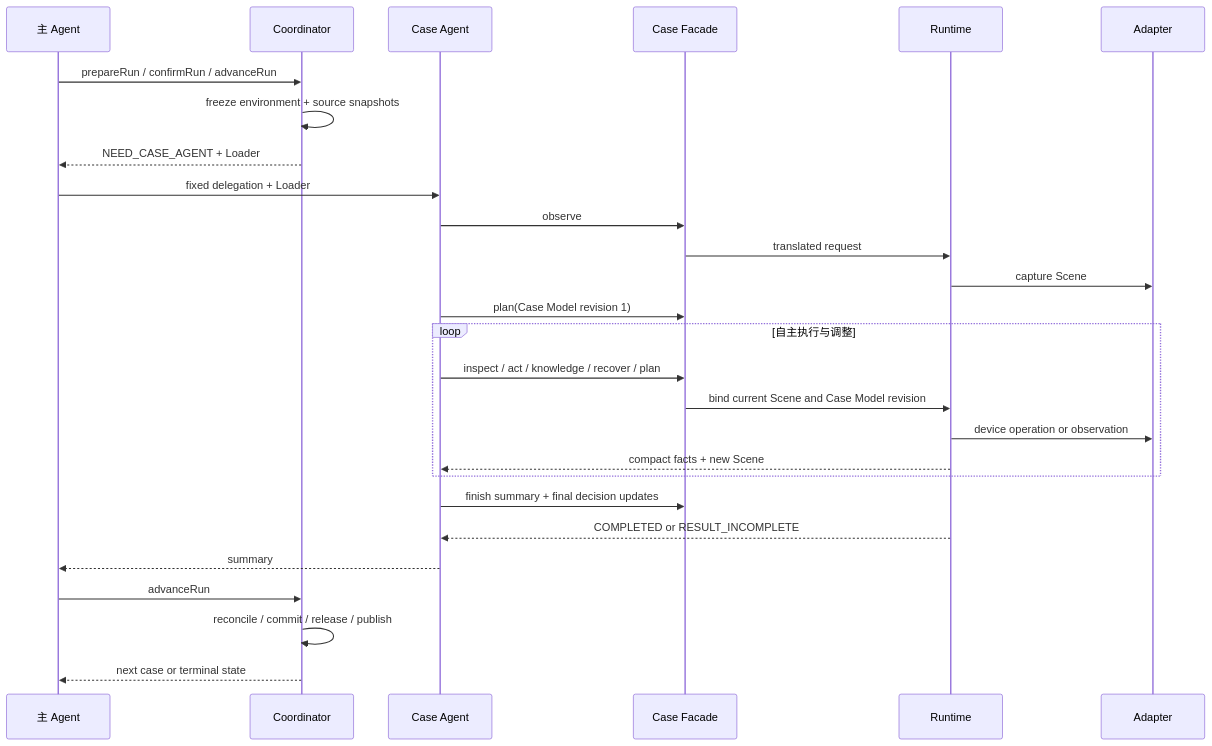
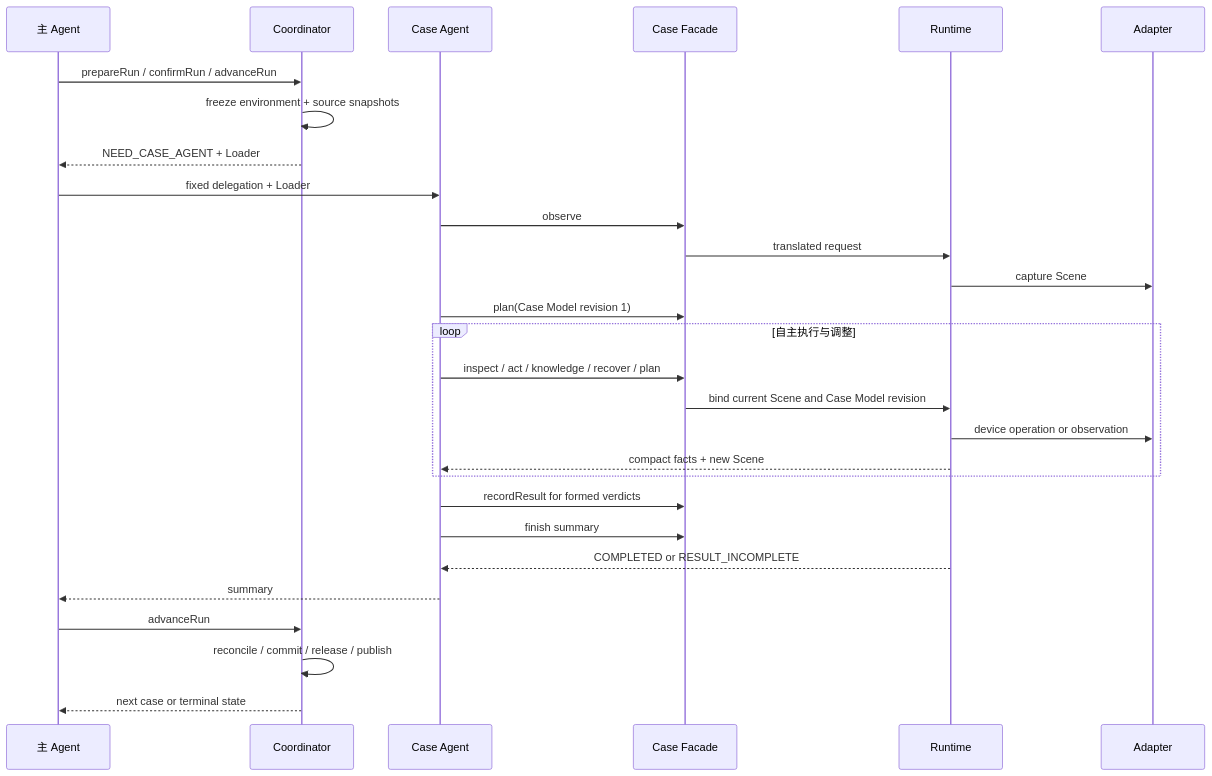
One commit to lianghuihui-plus/DevKit changed the second of 2 diagrams in skills/mobile-ai-visual-test/docs/architecture.md. Above: the diagram before and after it, drawn with Mermaid. The commit also changed other lines of this file and 44 other files, not shown here.

````diff
--- a/skills/mobile-ai-visual-test/docs/architecture.md
+++ b/skills/mobile-ai-visual-test/docs/architecture.md
@@ -77,30 +77,31 @@
 ```mermaid
 sequenceDiagram
   participant M as 主 Agent
   participant C as Coordinator
   participant A as Case Agent
   participant F as Case Facade
   participant R as Runtime
   participant D as Adapter
 
   M->>C: prepareRun / confirmRun / advanceRun
   C->>C: freeze environment + source snapshots
   C-->>M: NEED_CASE_AGENT + Loader
   M->>A: fixed delegation + Loader
   A->>F: observe
   F->>R: translated request
   R->>D: capture Scene
   A->>F: plan(Case Model revision 1)
   loop 自主执行与调整
     A->>F: inspect / act / knowledge / recover / plan
     F->>R: bind current Scene and Case Model revision
     R->>D: device operation or observation
     R-->>A: compact facts + new Scene
   end
-  A->>F: finish summary + final decision updates
+  A->>F: recordResult for formed verdicts
+  A->>F: finish summary
   R-->>A: COMPLETED or RESULT_INCOMPLETE
   A-->>M: summary
   M->>C: advanceRun
   C->>C: reconcile / commit / release / publish
   C-->>M: next case or terminal state
 ```
````
